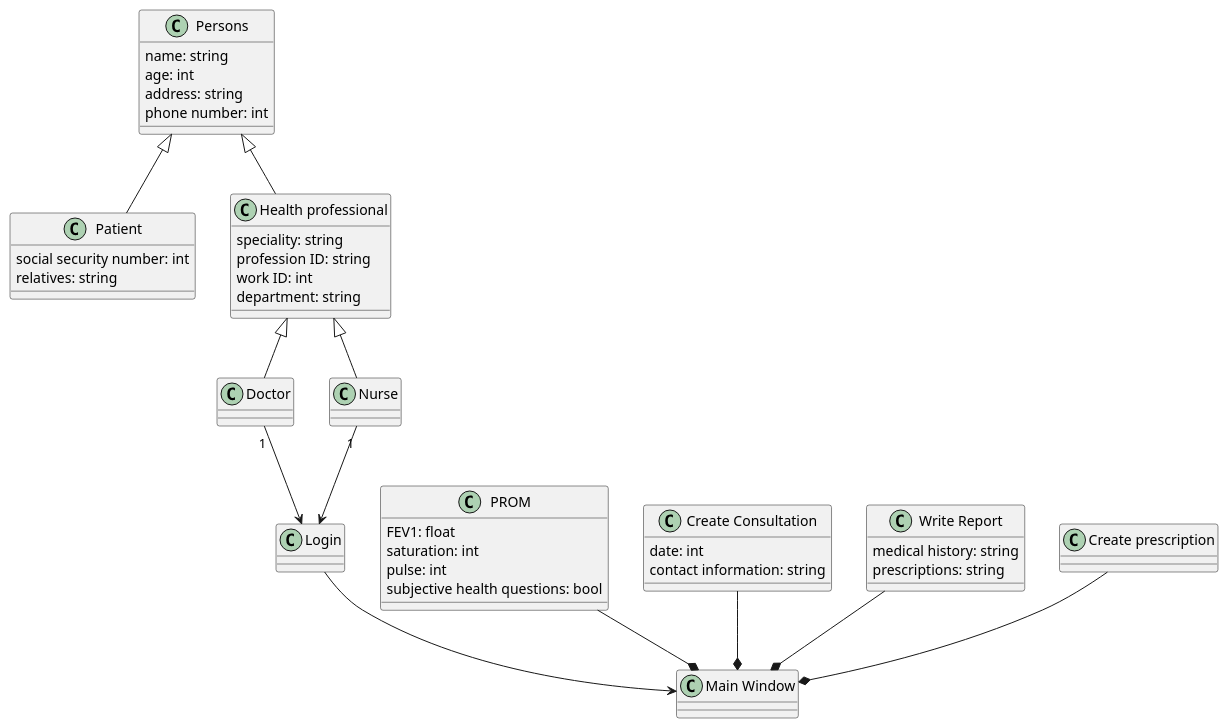
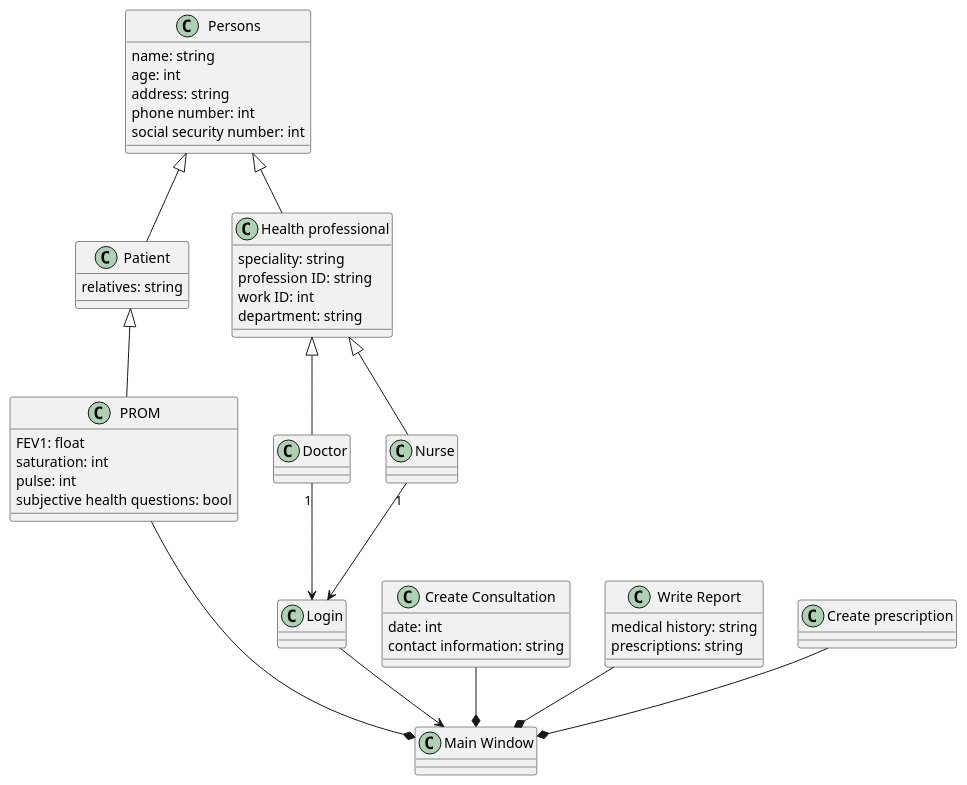
One commit to Purreskov/Softwareudvikling---Github changed the diagram in Diagrams/Class diagram - iteration 1.puml. Above: the diagram before and after it, drawn with PlantUML.

Commit message:
opdatering af class diagram

```diff
--- a/Diagrams/Class diagram - iteration 1.puml
+++ b/Diagrams/Class diagram - iteration 1.puml
@@ -1,55 +1,56 @@
 @startuml
 'https://plantuml.com/class-diagram
 
 class "Persons" as persons
 persons : name: string
 persons : age: int
 persons : address: string
 persons : phone number: int
+persons : social security number: int
 
 class "PROM" as prom
 prom : FEV1: float
 prom : saturation: int
 prom : pulse: int
 prom : subjective health questions: bool
 
 class "Create Consultation" as consultation
 consultation : date: int
 consultation : contact information: string
 
 class "Patient" as patient
-patient : social security number: int
 patient : relatives: string
 
 class "Doctor" as doctor
 
 class "Nurse" as nurse
 
 class "Write Report" as WR
 WR : medical history: string
 WR : prescriptions: string
 
 class "Health professional" as HP
 HP : speciality: string
 HP : profession ID: string
 HP : work ID: int
 HP : department: string
 
 class "Main Window" as MW
 
 class "Create prescription" as CP
 
 class "Login" as login
 
 persons <|-- HP
 persons <|-- patient
 HP <|-- doctor
 HP <|-- nurse
 doctor "1"--> login
 nurse "1" --> login
 prom --* MW
 consultation --*MW
 CP --* MW
 WR --* MW
 login --> MW
+patient <|-- prom
 @enduml
```
